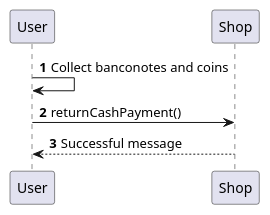
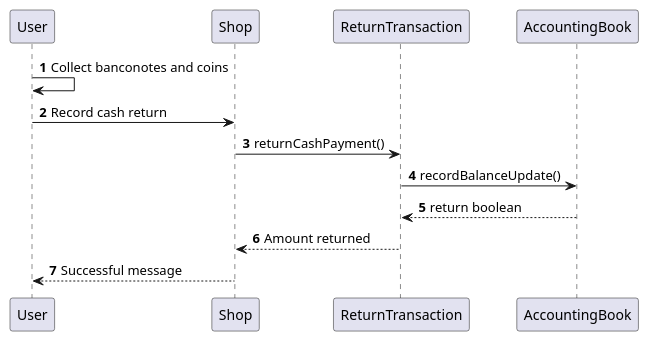
One commit to Stormz4/group20-EzShop changed diagram 21 of 21 in Deliverables/DesignDocument.md. Above: the diagram before and after it, drawn with PlantUML. The commit also changed other lines of this file, not shown here.

````diff
--- a/Deliverables/DesignDocument.md
+++ b/Deliverables/DesignDocument.md
@@ -679,8 +668,12 @@
 ```plantuml
 @startuml
 autonumber
 User -> User: Collect banconotes and coins
-User -> Shop: returnCashPayment()
+User -> Shop: Record cash return
+Shop -> ReturnTransaction: returnCashPayment()
+ReturnTransaction -> AccountingBook: recordBalanceUpdate()
+AccountingBook --> ReturnTransaction: return boolean
+ReturnTransaction --> Shop: Amount returned
 Shop --> User: Successful message
 @enduml
 ```
````
